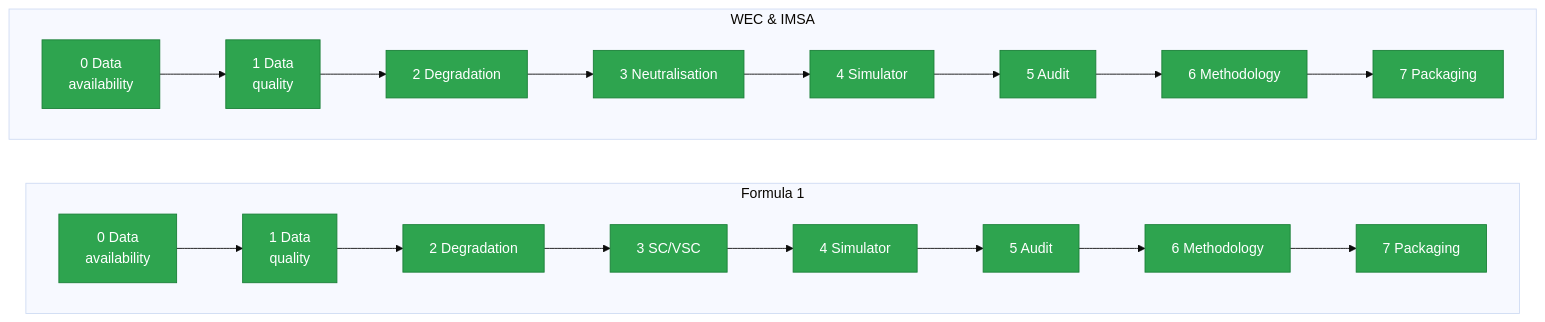
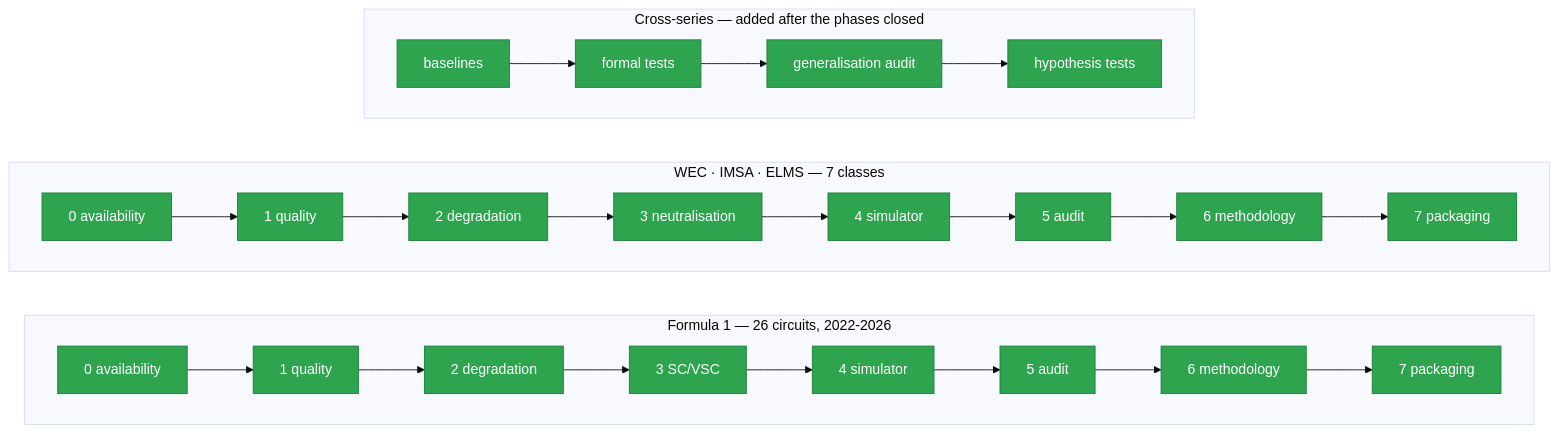
Before and after one commit to mohammedmedjadj/Motorsport-Strategy-Lab: the second of 2 diagrams in README.md, drawn with Mermaid (base theme). The commit also changed other lines of this file and 9 other files, not shown here.

````diff
--- a/README.md
+++ b/README.md
@@ -135,15 +261,17 @@
 ```mermaid
 flowchart LR
-    subgraph F1["Formula 1"]
+    subgraph F1["Formula 1 — 26 circuits, 2022-2026"]
         direction LR
-        f0["0 Data<br/>availability"] --> f1["1 Data<br/>quality"] --> f2["2 Degradation"] --> f3["3 SC/VSC"] --> f4["4 Simulator"] --> f5["5 Audit"] --> f6["6 Methodology"] --> f7["7 Packaging"]
+        f0["0 availability"] --> f1["1 quality"] --> f2["2 degradation"] --> f3["3 SC/VSC"] --> f4["4 simulator"] --> f5["5 audit"] --> f6["6 methodology"] --> f7["7 packaging"]
     end
-    subgraph END["WEC & IMSA"]
+    subgraph END["WEC · IMSA · ELMS — 7 classes"]
         direction LR
-        e0["0 Data<br/>availability"] --> e1["1 Data<br/>quality"] --> e2["2 Degradation"] --> e3["3 Neutralisation"] --> e4["4 Simulator"] --> e5["5 Audit"] --> e6["6 Methodology"] --> e7["7 Packaging"]
+        e0["0 availability"] --> e1["1 quality"] --> e2["2 degradation"] --> e3["3 neutralisation"] --> e4["4 simulator"] --> e5["5 audit"] --> e6["6 methodology"] --> e7["7 packaging"]
+    end
+    subgraph X["Cross-series — added after the phases closed"]
+        direction LR
+        x1["baselines"] --> x2["formal tests"] --> x3["generalisation audit"] --> x4["hypothesis tests"]
     end
     classDef done fill:#2ea44f,stroke:#1a7f37,color:#fff
-    classDef partial fill:#FFB800,stroke:#b58600,color:#1a1a1a
-    class f0,f1,f2,f3,f4,f5,f6,f7 done
-    class e0,e1,e2,e3,e4,e5,e6,e7 done
+    class f0,f1,f2,f3,f4,f5,f6,f7,e0,e1,e2,e3,e4,e5,e6,e7,x1,x2,x3,x4 done
 ```
````
